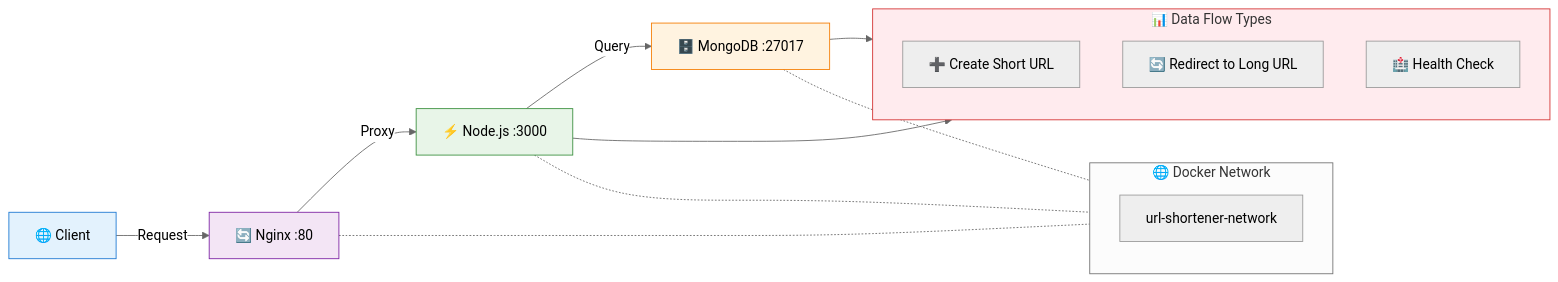
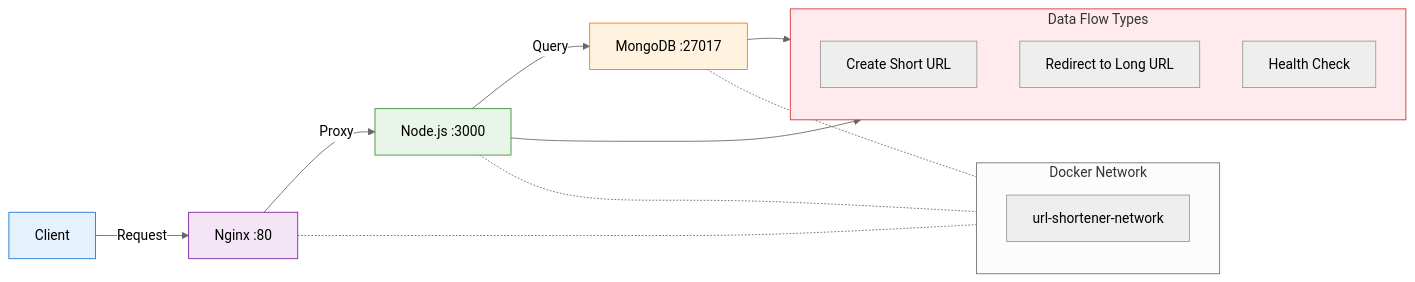
The fourth of 13 diagrams in url-shortener-lab02-feature-nginx-layer/README.md (Shahriarin2garden/url-shortener-lab02-feature-nginx-layer), drawn with Mermaid (neutral theme) before and after one commit. The commit also changed other lines of this file, not shown here.

````diff
--- a/url-shortener-lab02-feature-nginx-layer/README.md
+++ b/url-shortener-lab02-feature-nginx-layer/README.md
@@ -118,29 +141,29 @@
 ```mermaid
 graph LR
-    Client[🌐 Client] -->|Request| Nginx[🔄 Nginx :80]
-    Nginx -->|Proxy| App[⚡ Node.js :3000]
-    App -->|Query| MongoDB[🗄️ MongoDB :27017]
-    
-    subgraph Flow[📊 Data Flow Types]
-        Create[➕ Create Short URL]
-        Redirect[🔄 Redirect to Long URL]
-        Health[🏥 Health Check]
+    Client[Client] -->|Request| Nginx[Nginx :80]
+    Nginx -->|Proxy| App[Node.js :3000]
+    App -->|Query| DB[MongoDB :27017]
+
+    subgraph Flow[Data Flow Types]
+        Create[Create Short URL]
+        Redirect[Redirect to Long URL]
+        Health[Health Check]
     end
-    
-    subgraph Network[🌐 Docker Network]
+
+    subgraph Network[Docker Network]
         Bridge[url-shortener-network]
     end
-    
+
     App --> Flow
-    MongoDB --> Flow
-    
+    DB --> Flow
+
     Nginx -.- Network
     App -.- Network
-    MongoDB -.- Network
-    
+    DB -.- Network
+
     style Client fill:#e3f2fd,stroke:#1976d2
     style Nginx fill:#f3e5f5,stroke:#7b1fa2
     style App fill:#e8f5e8,stroke:#388e3c
-    style MongoDB fill:#fff3e0,stroke:#f57c00
+    style DB fill:#fff3e0,stroke:#f57c00
     style Flow fill:#ffebee,stroke:#d32f2f
 ```
````
